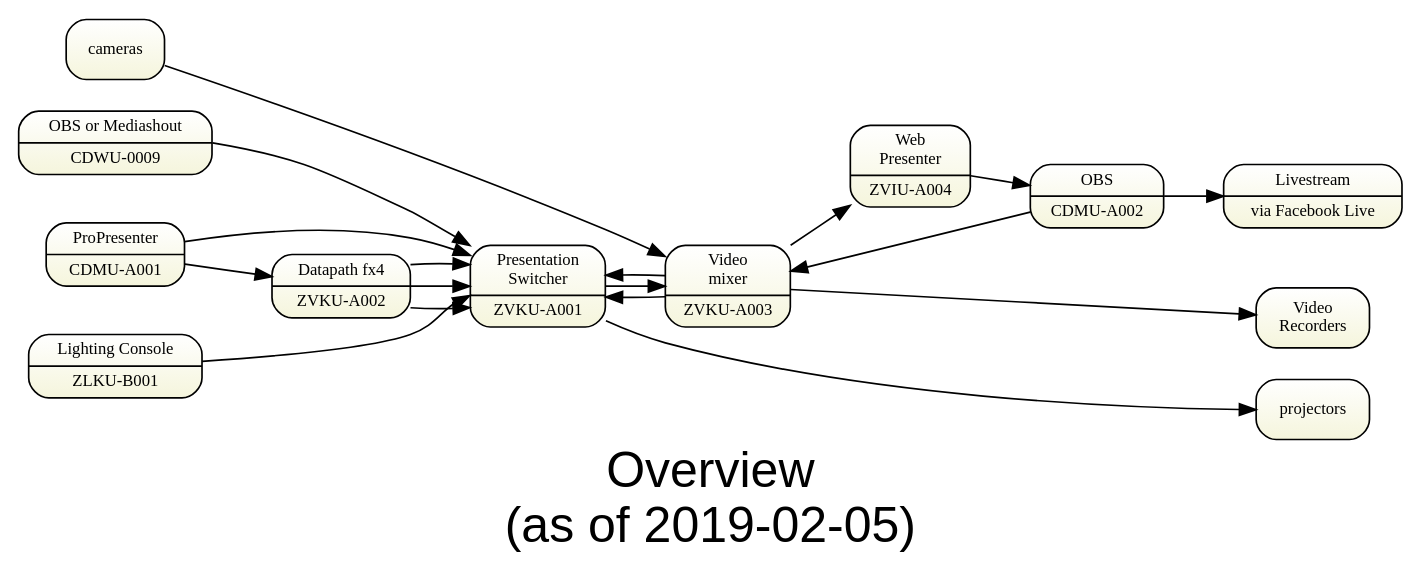
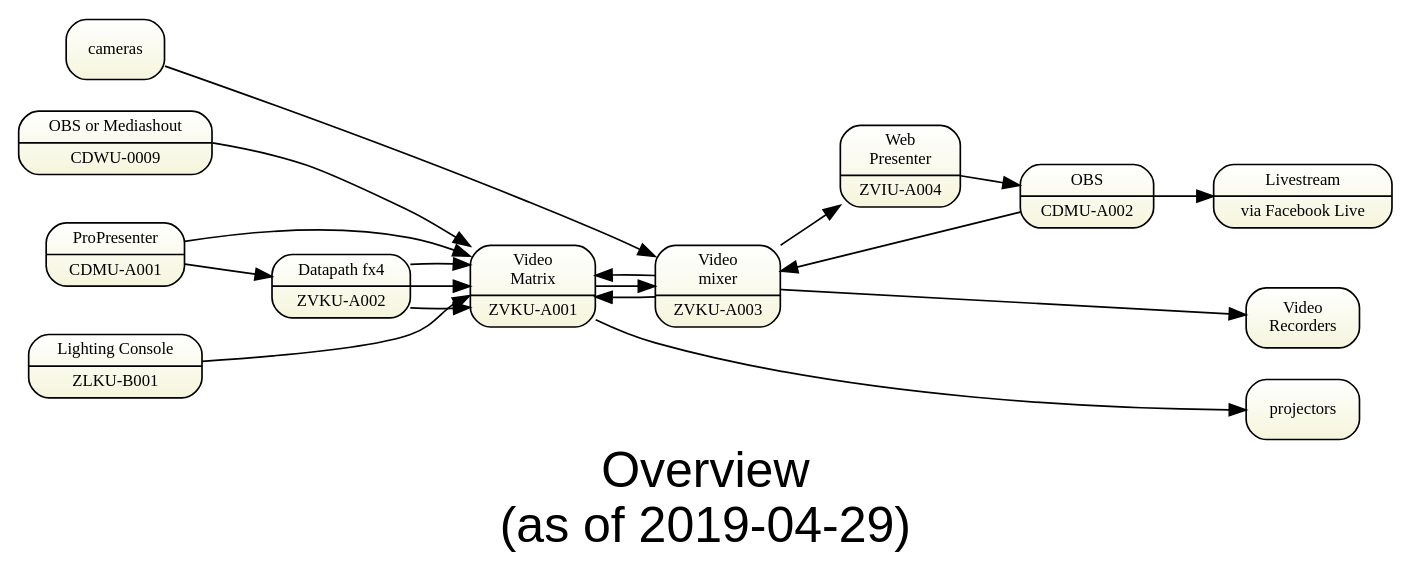
One commit to avmaint/uactechdoc changed the diagram in sdv-topology0-overview.gv. Above: the diagram before and after it, drawn with Graphviz. The commit also changed 6 other files, not shown here.

Commit message:
global wording change from presentation swithcher to video matrix

```diff
--- a/sdv-topology0-overview.gv
+++ b/sdv-topology0-overview.gv
@@ -1,47 +1,47 @@
 digraph topology0 { 
 graph [overlap = true, fontsize = 30, rankdir=LR 
-      label="Overview\n(as of 2019-02-05)",
+      label="Overview\n(as of 2019-04-29)",
       fontname = Helvetica]
 
 node [shape=Mrecord, tooltip="" , fontsize = 10, 
       fillcolor="white:beige" , style=filled  
       gradientangle=270]
       
-pswitch [label="Presentation\nSwitcher|ZVKU-A001"]
+pswitch [label="Video\nMatrix|ZVKU-A001"]
 rswitch [label="Video\nmixer|ZVKU-A003"]
     
 cdwu0009 [label="OBS or Mediashout|CDWU-0009"]
 cdmua001 [label="ProPresenter|CDMU-A001"]
 cdmua002 [label="OBS|CDMU-A002"]
 
 fx4 [label="Datapath fx4|ZVKU-A002"]
 wp [label="Web\nPresenter|ZVIU-A004"]
 cs40 [label="Lighting Console|ZLKU-B001"]
 facebook [label="Livestream|via Facebook Live"]
 recorders [label="Video\nRecorders"]
 
 cdmua001  -> fx4   
 
 fx4:o1        -> pswitch:i1
 fx4:o2        -> pswitch:i2
 fx4:o3        -> pswitch:i3
 cdmua001      -> pswitch:i4  
 cdwu0009:hdmi -> pswitch:i5
 rswitch       -> pswitch:i6
 rswitch       -> pswitch:i7
 cs40:hdmi     -> pswitch:i8
  
 wp -> cdmua002 
 cdmua002 -> rswitch
 cdmua002 -> facebook
 
 pswitch -> rswitch
 
 cameras -> rswitch
 rswitch->wp
 pswitch -> projectors
 rswitch -> recorders
 
 {rank=same; facebook projectors recorders}
 {rank=same; cameras cdmua001    cdwu0009 cs40 }
 } 
```
